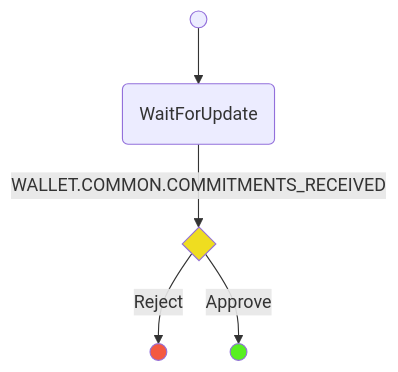
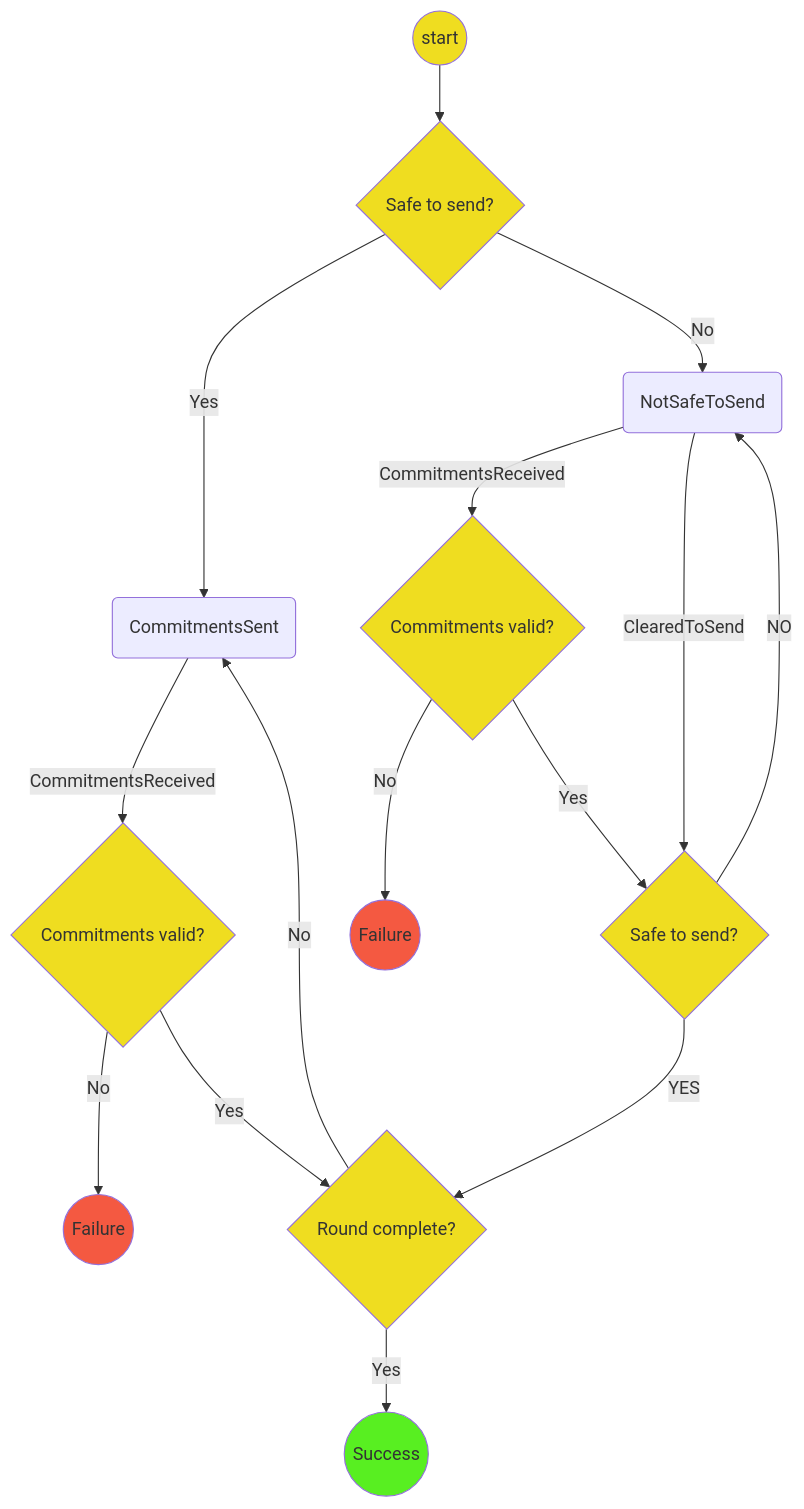
One commit to magmo/apps changed the diagram in packages/wallet/src/redux/protocols/consensus-update/readme.md. Above: the diagram before and after it, drawn with Mermaid. The commit also changed other lines of this file, not shown here.

Commit message:
Propose new state machine in readme

````diff
--- a/packages/wallet/src/redux/protocols/consensus-update/readme.md
+++ b/packages/wallet/src/redux/protocols/consensus-update/readme.md
@@ -7,17 +7,28 @@
 ```mermaid
 graph TD
 linkStyle default interpolate basis
-  S(( )) --> WFU(WaitForUpdate)
-  WFU-->|WALLET.COMMON.COMMITMENTS_RECEIVED|AR
-  AR{ }-->|Reject|F(( ))
-  AR-->|Approve|SS(( ))
+  St((start)) --> STSCO{Safe to send?}
+  STSCO --> |Yes| CS
+  STSCO --> |No| NSTS(NotSafeToSend)
+  NSTS -->|CommitmentsReceived| CV2{Commitments valid?}
+  CV2   -->|No| F((Failure))
+  CV2 -->|Yes| STS{Safe to send?}
+  NSTS -->|ClearedToSend| STS
+
+  CS   -->|CommitmentsReceived| CV{Commitments valid?}
+  STS -->|YES| RC
+  STS -->|NO| NSTS
+  CV   -->|No| F2((Failure))
+  CV   -->|Yes| RC{Round complete?}
+
+  RC   -->|No| CS(CommitmentsSent)
+  RC   -->|Yes| S((Success))
 
   classDef logic fill:#efdd20;
   classDef Success fill:#58ef21;
   classDef Failure fill:#f45941;
-  classDef WaitForChildProtocol stroke:#333,stroke-width:4px,color:#ffff,fill:#333;
-  class AR logic;
-  class SS Success;
-  class F Failure;
-  class D WaitForChildProtocol;
+
+  class St,STS,STSCO,FP,RC,CV,CV2 logic;
+  class S Success;
+  class F,F2 Failure;
 ```
````
